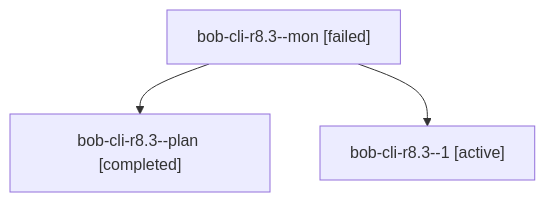
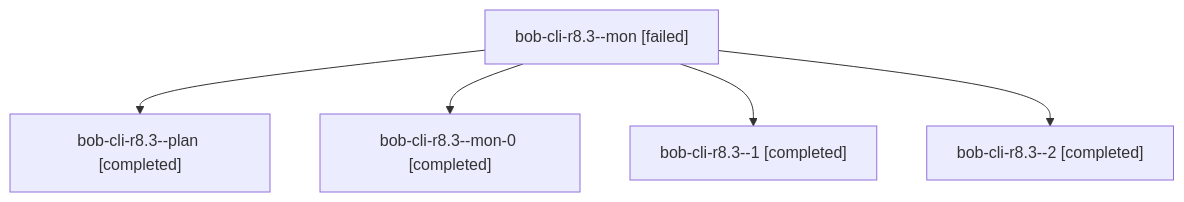
The diagram in sessions/bbugyi200.athena.bob-cli-r8.3.md (bobs-org/bob-cli--agents), drawn with Mermaid before and after one commit. The commit also changed other lines of this file and 39 other files, not shown here.

````diff
--- a/sessions/bbugyi200.athena.bob-cli-r8.3.md
+++ b/sessions/bbugyi200.athena.bob-cli-r8.3.md
@@ -9,8 +9,12 @@
 ```mermaid
 flowchart TD
   n0["bob-cli-r8.3--mon [failed]"]
   n1["bob-cli-r8.3--plan [completed]"]
   n0 --> n1
-  n2["bob-cli-r8.3--1 [active]"]
+  n2["bob-cli-r8.3--mon-0 [completed]"]
   n0 --> n2
+  n3["bob-cli-r8.3--1 [completed]"]
+  n0 --> n3
+  n4["bob-cli-r8.3--2 [completed]"]
+  n0 --> n4
 ```
````
